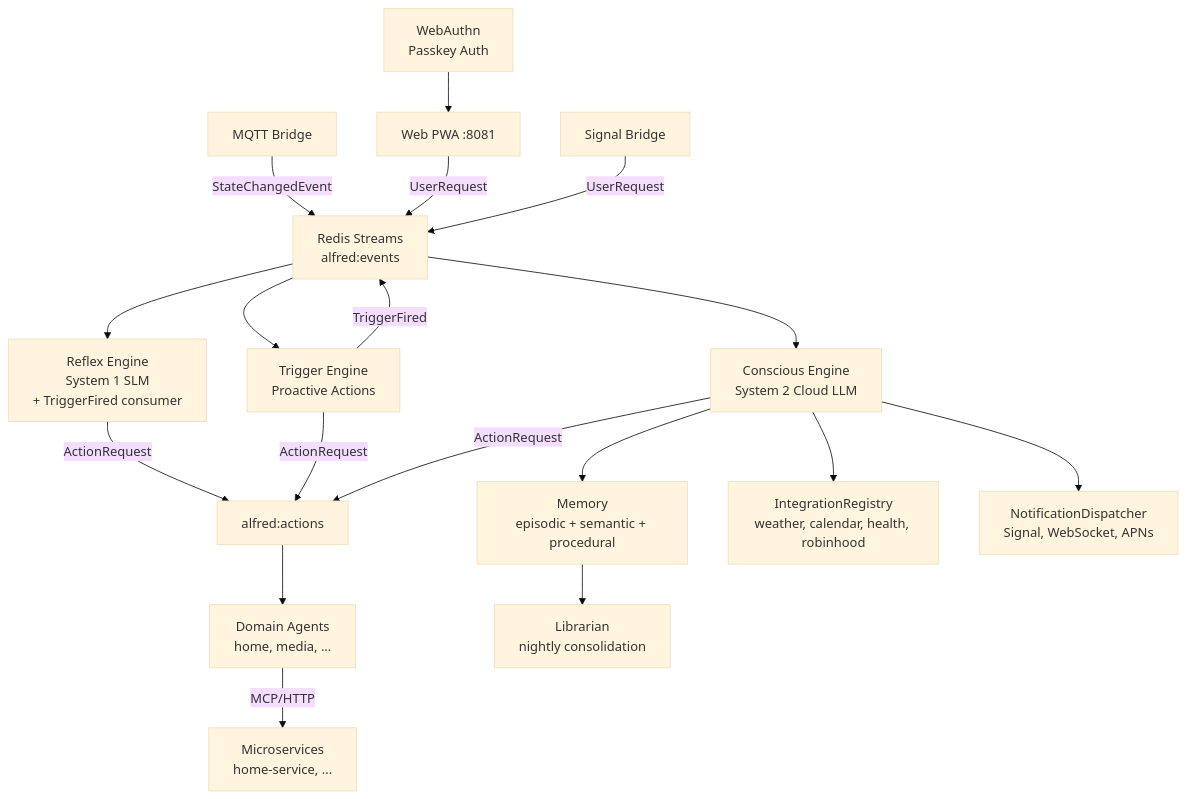
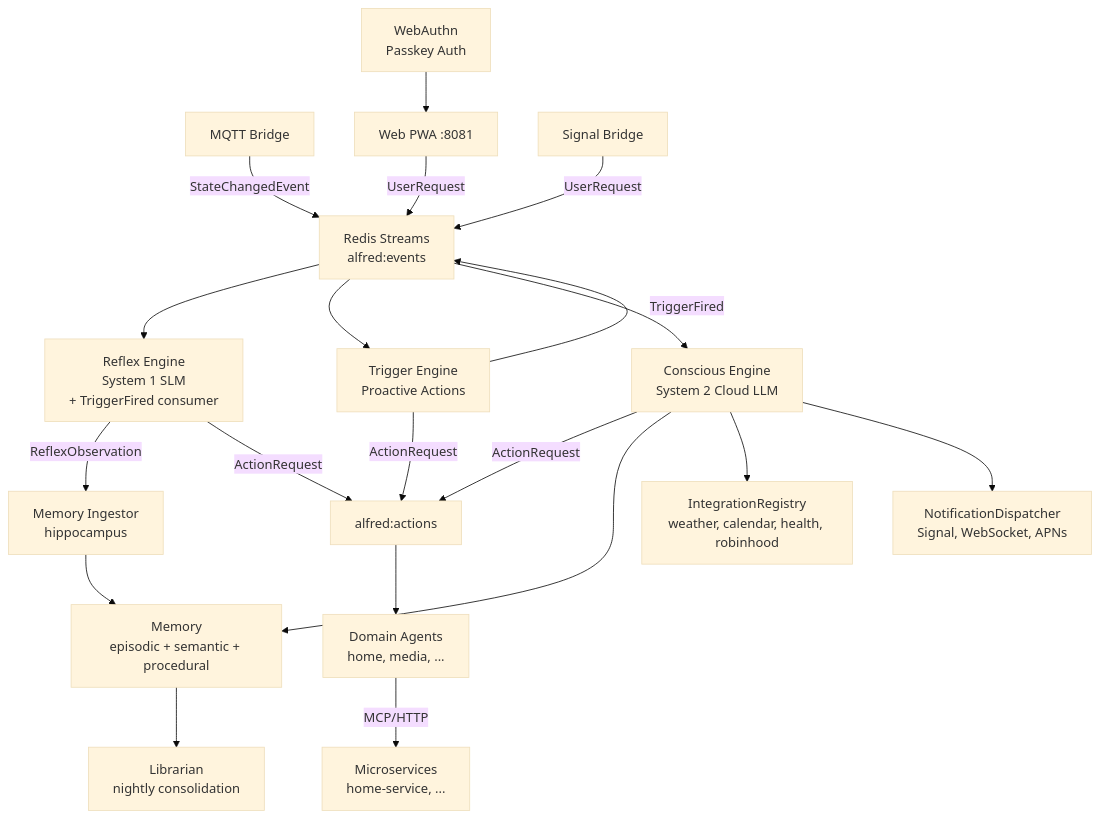
Before and after one commit to anirudhlath/alfred: the diagram in CLAUDE.md, drawn with Mermaid (base theme). The commit also changed other lines of this file and 3 other files, not shown here.

````diff
--- a/CLAUDE.md
+++ b/CLAUDE.md
@@ -122,20 +124,22 @@
 ```mermaid
 graph TD
     MQTT[MQTT Bridge] -->|StateChangedEvent| Bus[Redis Streams<br/>alfred:events]
     Bus --> Reflex[Reflex Engine<br/>System 1 SLM<br/>+ TriggerFired consumer]
     Bus --> Triggers[Trigger Engine<br/>Proactive Actions]
     Bus --> Conscious[Conscious Engine<br/>System 2 Cloud LLM]
+    Reflex -->|ReflexObservation| Ingestor[Memory Ingestor<br/>hippocampus]
+    Ingestor --> Memory
     Reflex -->|ActionRequest| Actions[alfred:actions]
     Triggers -->|ActionRequest| Actions
     Triggers -->|TriggerFired| Bus
     Conscious -->|ActionRequest| Actions
     Actions --> Agents[Domain Agents<br/>home, media, ...]
     Agents -->|MCP/HTTP| Services[Microservices<br/>home-service, ...]
     Conscious --> Memory[Memory<br/>episodic + semantic + procedural]
     Conscious --> Integrations[IntegrationRegistry<br/>weather, calendar, health, robinhood]
     Conscious --> Notify[NotificationDispatcher<br/>Signal, WebSocket, APNs]
     Memory --> Librarian[Librarian<br/>nightly consolidation]
     WebAuthn[WebAuthn<br/>Passkey Auth] --> WebChannel
     WebChannel[Web PWA :8081] -->|UserRequest| Bus
     Signal[Signal Bridge] -->|UserRequest| Bus
 ```
````
